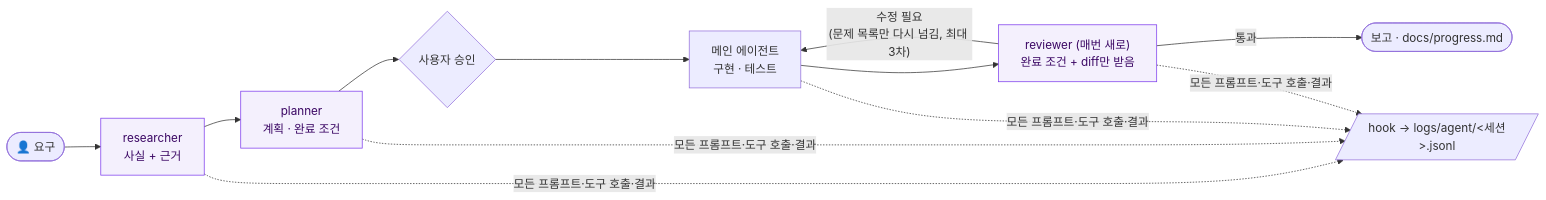
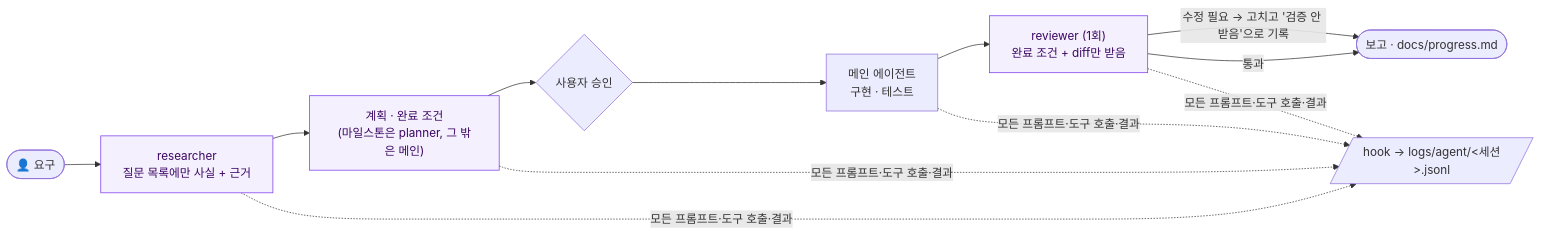
Before and after one commit to portranproject/dashboard: the diagram in docs/agent-workflow.md, drawn with Mermaid. The commit also changed other lines of this file and 9 other files, not shown here.

````diff
--- a/docs/agent-workflow.md
+++ b/docs/agent-workflow.md
@@ -8,15 +8,15 @@
 ```mermaid
 flowchart LR
-  U(["👤 요구"]) --> R["researcher<br/>사실 + 근거"]
-  R --> P["planner<br/>계획 · 완료 조건"]
+  U(["👤 요구"]) --> R["researcher<br/>질문 목록에만 사실 + 근거"]
+  R --> P["계획 · 완료 조건<br/>(마일스톤은 planner, 그 밖은 메인)"]
   P --> OK{"사용자 승인"}
   OK --> M["메인 에이전트<br/>구현 · 테스트"]
-  M --> V["reviewer (매번 새로)<br/>완료 조건 + diff만 받음"]
-  V -->|"수정 필요<br/>(문제 목록만 다시 넘김, 최대 3차)"| M
+  M --> V["reviewer (1회)<br/>완료 조건 + diff만 받음"]
+  V -->|"수정 필요 → 고치고 '검증 안 받음'으로 기록"| D
   V -->|"통과"| D(["보고 · docs/progress.md"])
   H[/"hook → logs/agent/&lt;세션&gt;.jsonl"/]
   R & P & M & V -.->|"모든 프롬프트·도구 호출·결과"| H
 
   classDef ro fill:#f4f0fd,stroke:#7c3aed,color:#3b0764
   class R,P,V ro
 ```
````
